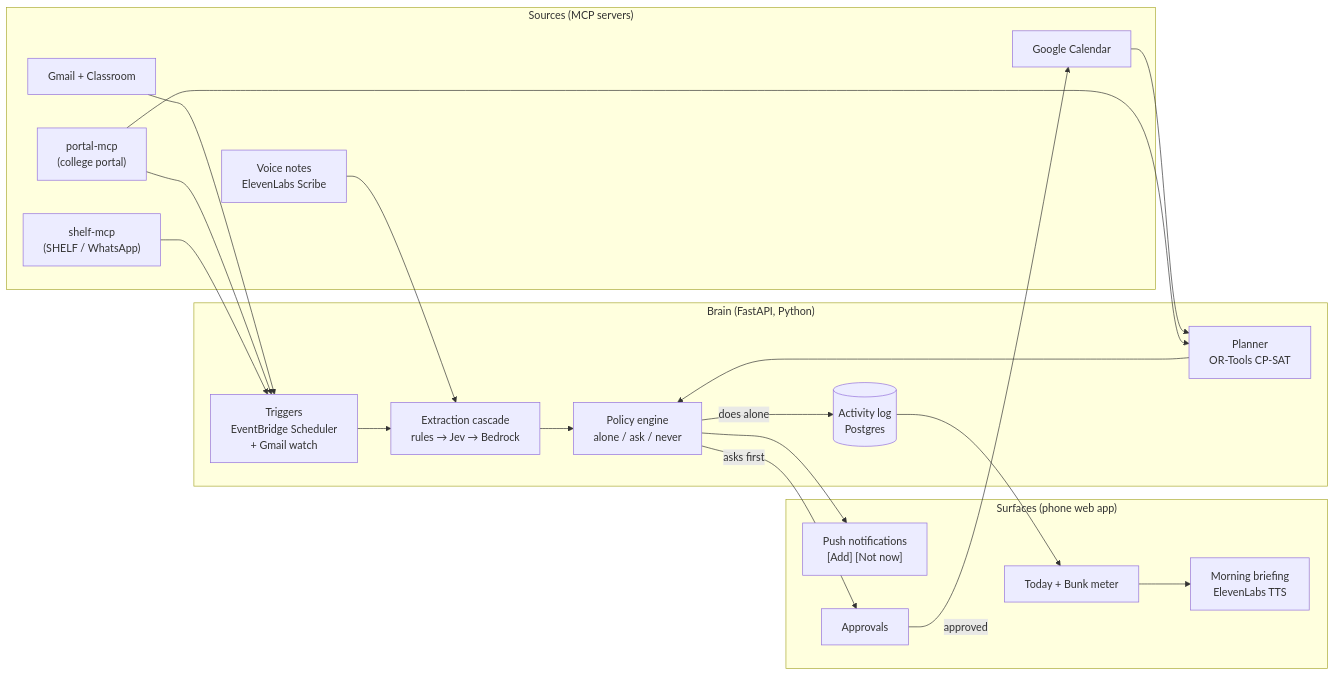
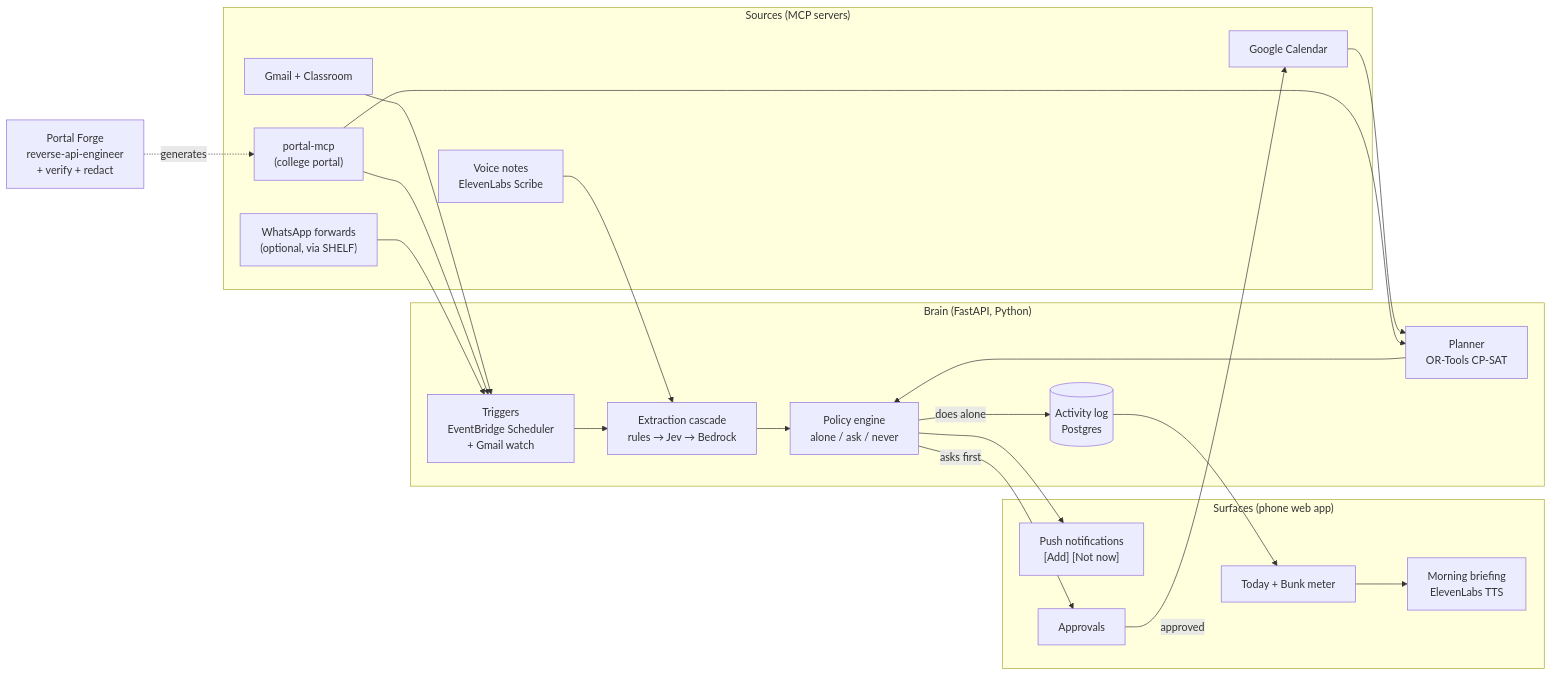
One commit to jnanottamgy/7even5ive changed the diagram in docs/architecture.md. Above: the diagram before and after it, drawn with Mermaid. The commit also changed other lines of this file and 4 other files, not shown here.

First line of the commit message:
Make SHELF an optional input and add Portal Forge

````diff
--- a/docs/architecture.md
+++ b/docs/architecture.md
@@ -5,40 +5,42 @@
 ```mermaid
 flowchart LR
   subgraph Sources["Sources (MCP servers)"]
     GM[Gmail + Classroom]
     CAL[Google Calendar]
-    SH["shelf-mcp<br/>(SHELF / WhatsApp)"]
     PO["portal-mcp<br/>(college portal)"]
     VN["Voice notes<br/>ElevenLabs Scribe"]
+    SH["WhatsApp forwards<br/>(optional, via SHELF)"]
   end
+
+  PF["Portal Forge<br/>reverse-api-engineer<br/>+ verify + redact"] -.generates.-> PO
 
   subgraph Brain["Brain (FastAPI, Python)"]
     TR["Triggers<br/>EventBridge Scheduler<br/>+ Gmail watch"]
     CA["Extraction cascade<br/>rules → Jev → Bedrock"]
     PL["Planner<br/>OR-Tools CP-SAT"]
     PE["Policy engine<br/>alone / ask / never"]
     LOG[("Activity log<br/>Postgres")]
   end
 
   subgraph Surfaces["Surfaces (phone web app)"]
     NO["Push notifications<br/>[Add] [Not now]"]
     AP[Approvals]
     TD["Today + Bunk meter"]
     BR["Morning briefing<br/>ElevenLabs TTS"]
   end
 
   GM --> TR
   PO --> TR
   SH --> TR
   VN --> CA
   TR --> CA --> PE
   PL --> PE
   CAL --> PL
   PO --> PL
   PE -->|does alone| LOG
   PE -->|asks first| AP
   AP -->|approved| CAL
   PE --> NO
   LOG --> TD
   TD --> BR
 ```
````
